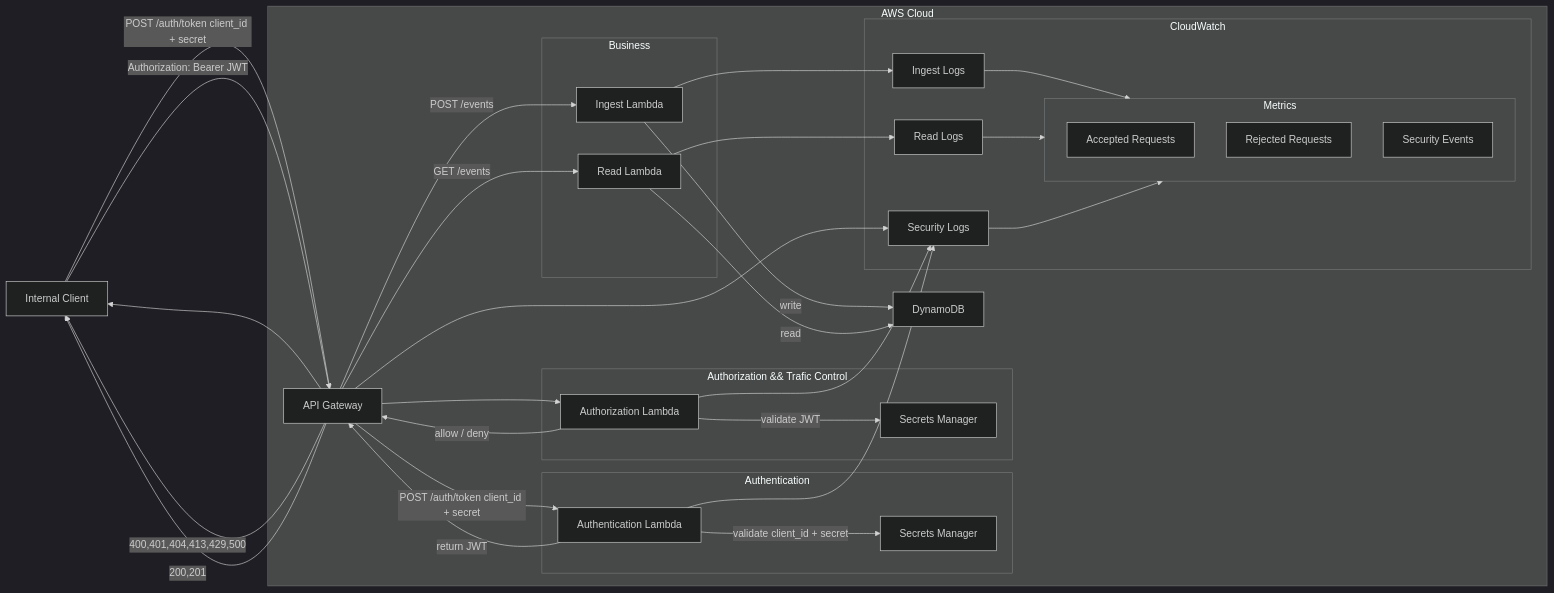
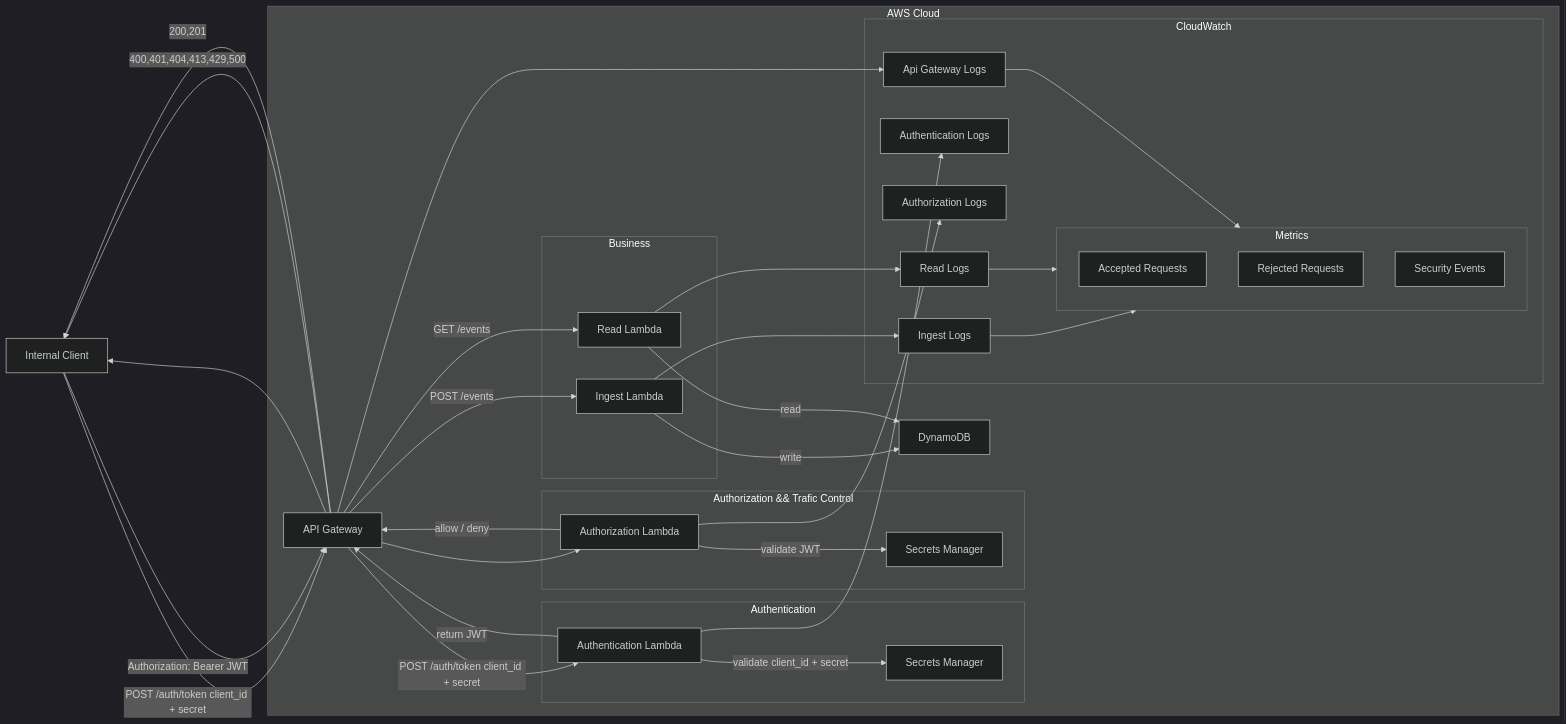
Before and after one commit to Kilianrm/cloud-events-platform: the diagram in docs/architecture/aws-service-mapping.md, drawn with Mermaid (dark theme). The commit also changed 9 other files, not shown here.

```diff
--- a/docs/architecture/aws-service-mapping.md
+++ b/docs/architecture/aws-service-mapping.md
@@ -55,7 +55,9 @@
 
         %% Logging & Metrics
         subgraph Monitoring["CloudWatch"]
-            LGSec["Security Logs"]
+            LGSec["Api Gateway Logs"]
+            LGAuthentication["Authentication Logs"]
+            LGAuthorization["Authorization Logs"]
             LG1["Ingest Logs"]
             LG2["Read Logs"]
 
@@ -97,11 +99,10 @@
 
     %% Logging
     APIGW --> LGSec
-    JWTI --> LGSec
-    LAW --> LGSec
+    JWTI --> LGAuthentication
+    LAW --> LGAuthorization
     Ingest --> LG1
     Read --> LG2
-
     %% Metrics
     LG1 --> Metrics
     LG2 --> Metrics
```
